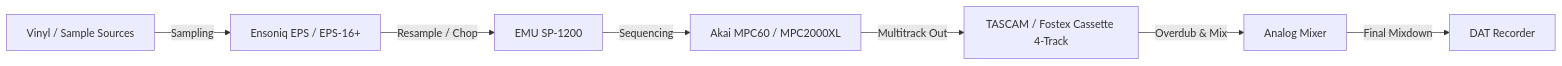
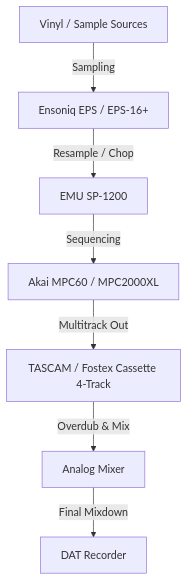
One commit to monumental-movement/monumental-movement.github.io changed the first of 8 diagrams in _posts/2025-11-21-column-rza.md. Above: the diagram before and after it, drawn with Mermaid. The commit also changed other lines of this file and 2 other files, not shown here.

```diff
--- a/_posts/2025-11-21-column-rza.md
+++ b/_posts/2025-11-21-column-rza.md
@@ -45,11 +45,11 @@
 <div class="mermaid">
 
-flowchart LR
-    A[Vinyl / Sample Sources] -->|Sampling| B[Ensoniq EPS / EPS-16+]
-    B -->|Resample / Chop| C[EMU SP-1200]
-    C -->|Sequencing| D[Akai MPC60 / MPC2000XL]
-    D -->|Multitrack Out| E[TASCAM / Fostex Cassette 4-Track]
-    E -->|Overdub & Mix| F[Analog Mixer]
-    F -->|Final Mixdown| G[DAT Recorder]
+flowchart TD
+    A["Vinyl / Sample Sources"] -->|Sampling| B["Ensoniq EPS / EPS-16+"]
+    B -->|Resample / Chop| C["EMU SP-1200"]
+    C -->|Sequencing| D["Akai MPC60 / MPC2000XL"]
+    D -->|Multitrack Out| E["TASCAM / Fostex Cassette 4-Track"]
+    E -->|Overdub & Mix| F["Analog Mixer"]
+    F -->|Final Mixdown| G["DAT Recorder"]
 
 </div>
```
